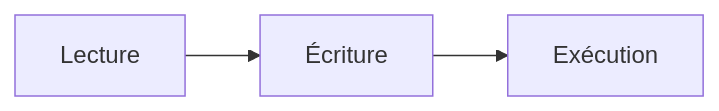
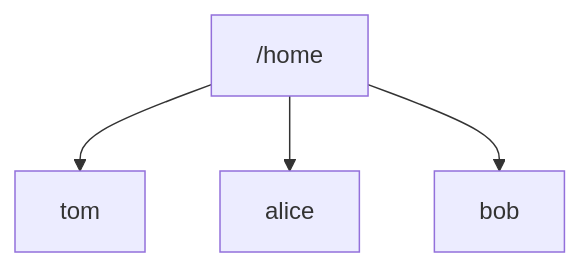
One commit to tdelaclos/formations changed the fourth of 15 diagrams in campagne 1/1.6.md. Above: the diagram before and after it, drawn with Mermaid. The commit also changed other lines of this file, not shown here.

````diff
--- a/campagne 1/1.6.md
+++ b/campagne 1/1.6.md
@@ -194,11 +318,11 @@
 ```mermaid
-flowchart LR
+flowchart TD
 
-A["Lecture"]
+A["/home"]
 
-B["Écriture"]
+A --> B["tom"]
 
-C["Exécution"]
+A --> C["alice"]
 
-A --> B --> C
+A --> D["bob"]
 ```
````
